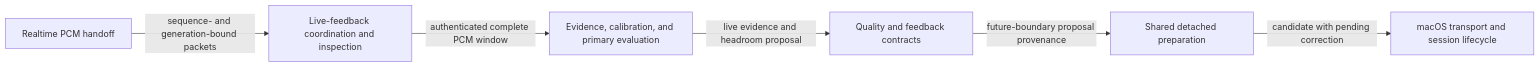
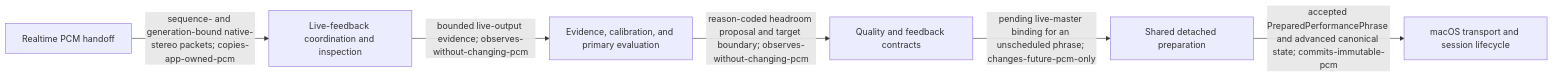
Before and after one commit to randomactions/auto-techno: the sixth of 8 diagrams in docs/CODEBASE_MAP.md, drawn with Mermaid. The commit also changed other lines of this file and 156 other files, not shown here.

Commit message:
Complete Phase 1 evidence observatory

````diff
--- a/docs/CODEBASE_MAP.md
+++ b/docs/CODEBASE_MAP.md
@@ -114,14 +160,14 @@
 ```mermaid
 flowchart LR
   n_live_pcm_feedback_and_future_correction0["Realtime PCM handoff"]
   n_live_pcm_feedback_and_future_correction1["Live-feedback coordination and inspection"]
   n_live_pcm_feedback_and_future_correction2["Evidence, calibration, and primary evaluation"]
   n_live_pcm_feedback_and_future_correction3["Quality and feedback contracts"]
   n_live_pcm_feedback_and_future_correction4["Shared detached preparation"]
   n_live_pcm_feedback_and_future_correction5["macOS transport and session lifecycle"]
-  n_live_pcm_feedback_and_future_correction0 -- "sequence- and generation-bound packets" --> n_live_pcm_feedback_and_future_correction1
-  n_live_pcm_feedback_and_future_correction1 -- "authenticated complete PCM window" --> n_live_pcm_feedback_and_future_correction2
-  n_live_pcm_feedback_and_future_correction2 -- "live evidence and headroom proposal" --> n_live_pcm_feedback_and_future_correction3
-  n_live_pcm_feedback_and_future_correction3 -- "future-boundary proposal provenance" --> n_live_pcm_feedback_and_future_correction4
-  n_live_pcm_feedback_and_future_correction4 -- "candidate with pending correction" --> n_live_pcm_feedback_and_future_correction5
+  n_live_pcm_feedback_and_future_correction0 -- "sequence- and generation-bound native-stereo packets; copies-app-owned-pcm" --> n_live_pcm_feedback_and_future_correction1
+  n_live_pcm_feedback_and_future_correction1 -- "bounded live-output evidence; observes-without-changing-pcm" --> n_live_pcm_feedback_and_future_correction2
+  n_live_pcm_feedback_and_future_correction2 -- "reason-coded headroom proposal and target boundary; observes-without-changing-pcm" --> n_live_pcm_feedback_and_future_correction3
+  n_live_pcm_feedback_and_future_correction3 -- "pending live-master binding for an unscheduled phrase; changes-future-pcm-only" --> n_live_pcm_feedback_and_future_correction4
+  n_live_pcm_feedback_and_future_correction4 -- "accepted PreparedPerformancePhrase and advanced canonical state; commits-immutable-pcm" --> n_live_pcm_feedback_and_future_correction5
 ```
````
